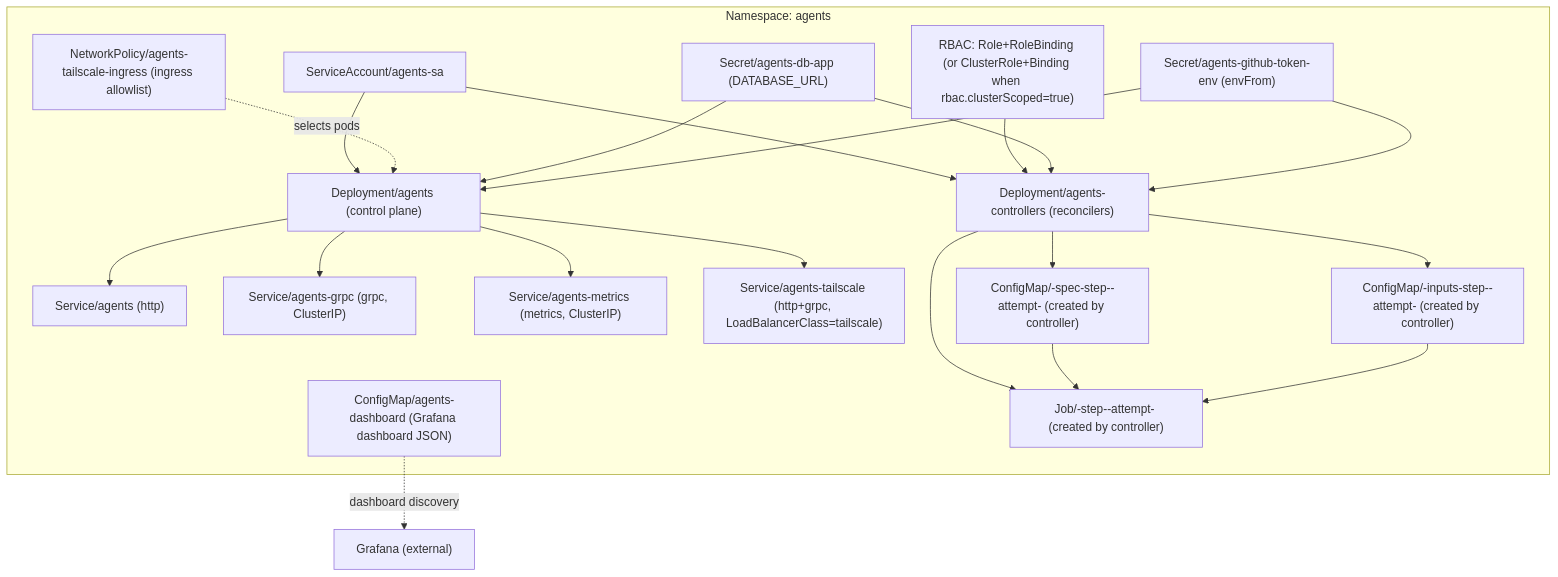
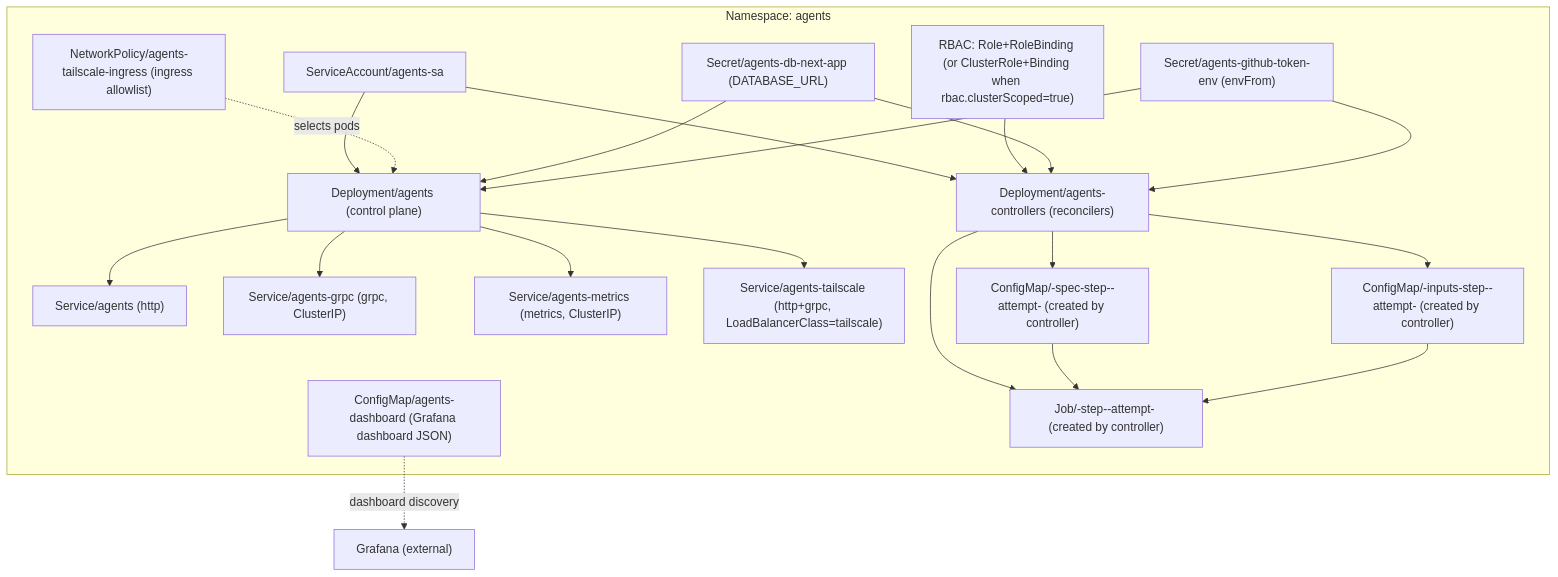
The second of 6 diagrams in docs/agents/agents-helm-chart-implementation.md (proompteng/lab), drawn with Mermaid before and after one commit. The commit also changed 4 other files, not shown here.

````diff
--- a/docs/agents/agents-helm-chart-implementation.md
+++ b/docs/agents/agents-helm-chart-implementation.md
@@ -65,47 +65,47 @@
 ```mermaid
 graph TD
   subgraph "Namespace: agents"
     CP["Deployment/agents (control plane)"]
     CTRL["Deployment/agents-controllers (reconcilers)"]
     SA["ServiceAccount/agents-sa"]
     RBAC["RBAC: Role+RoleBinding (or ClusterRole+Binding when rbac.clusterScoped=true)"]
 
     SvcHTTP["Service/agents (http)"]
     SvcGRPC["Service/agents-grpc (grpc, ClusterIP)"]
     SvcMetrics["Service/agents-metrics (metrics, ClusterIP)"]
     TSvc["Service/agents-tailscale (http+grpc, LoadBalancerClass=tailscale)"]
     TNetpol["NetworkPolicy/agents-tailscale-ingress (ingress allowlist)"]
     DashCM["ConfigMap/agents-dashboard (Grafana dashboard JSON)"]
 
-    DbSecret["Secret/agents-db-app (DATABASE_URL)"]
+    DbSecret["Secret/agents-db-next-app (DATABASE_URL)"]
     TokenEnv["Secret/agents-github-token-env (envFrom)"]
 
     RunSpecCM["ConfigMap/<run>-spec-step-<n>-attempt-<n> (created by controller)"]
     RunInputsCM["ConfigMap/<run>-inputs-step-<n>-attempt-<n> (created by controller)"]
     Job["Job/<run>-step-<n>-attempt-<n> (created by controller)"]
   end
 
   Grafana["Grafana (external)"]
 
   SA --> CP
   SA --> CTRL
   RBAC --> CTRL
 
   CP --> SvcHTTP
   CP --> SvcGRPC
   CP --> SvcMetrics
   CP --> TSvc
   TNetpol -. "selects pods" .-> CP
   DashCM -. "dashboard discovery" .-> Grafana
 
   DbSecret --> CP
   DbSecret --> CTRL
   TokenEnv --> CP
   TokenEnv --> CTRL
 
   CTRL --> RunSpecCM
   CTRL --> RunInputsCM
   CTRL --> Job
   RunSpecCM --> Job
   RunInputsCM --> Job
 ```
````
